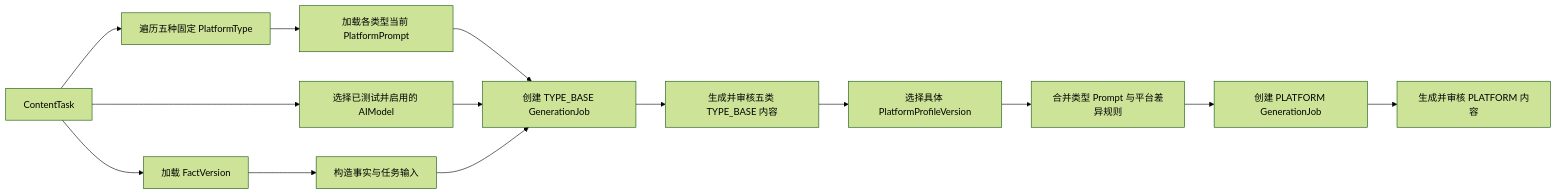
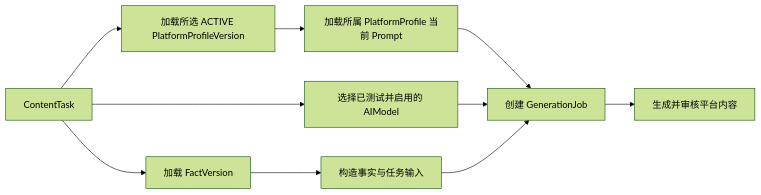
The third of 4 diagrams in docs/GEO多平台内容运营系统方案设计.md (ccisnoxx/partsignal), drawn with Mermaid (forest theme) before and after one commit. The commit also changed other lines of this file and 109 other files, not shown here.

````diff
--- a/docs/GEO多平台内容运营系统方案设计.md
+++ b/docs/GEO多平台内容运营系统方案设计.md
@@ -473,16 +448,12 @@
 ```mermaid
 flowchart LR
     A[ContentTask] --> B[加载 FactVersion]
-    A --> C[遍历五种固定 PlatformType]
-    C --> D[加载各类型当前 PlatformPrompt]
+    A --> C[加载所选 ACTIVE PlatformProfileVersion]
+    C --> D[加载所属 PlatformProfile 当前 Prompt]
     A --> E[选择已测试并启用的 AIModel]
     B --> F[构造事实与任务输入]
-    D --> G[创建 TYPE_BASE GenerationJob]
+    D --> G[创建 GenerationJob]
     E --> G
     F --> G
-    G --> H[生成并审核五类 TYPE_BASE 内容]
-    H --> I[选择具体 PlatformProfileVersion]
-    I --> J[合并类型 Prompt 与平台差异规则]
-    J --> K[创建 PLATFORM GenerationJob]
-    K --> L[生成并审核 PLATFORM 内容]
+    G --> H[生成并审核平台内容]
 ```
````
